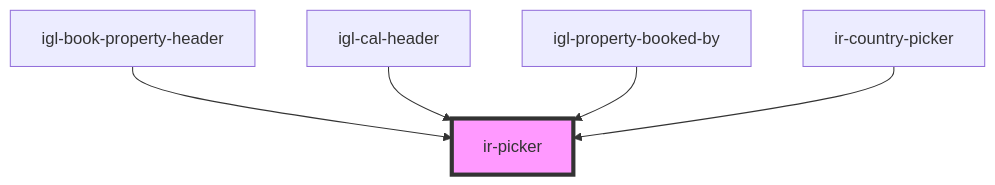
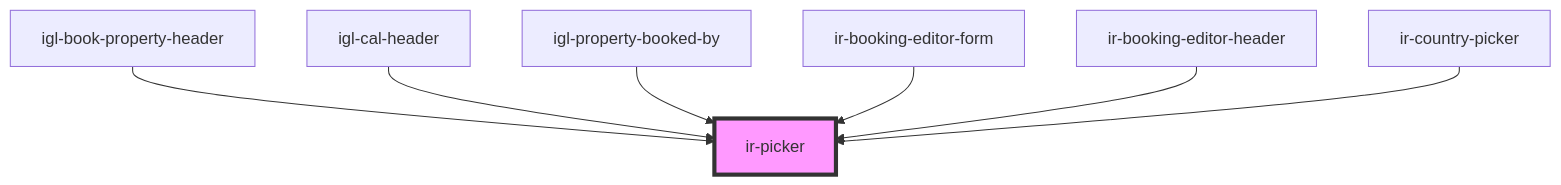
The diagram in src/components/ui/ir-picker/readme.md (David1Chowaifaty/modified-ir-webcmp), drawn with Mermaid before and after one commit. The commit also changed other lines of this file and 56 other files, not shown here.

First line of the commit message:
Enhance IrBookingEditor and related components with new validation and input handling

````diff
--- a/src/components/ui/ir-picker/readme.md
+++ b/src/components/ui/ir-picker/readme.md
@@ -67,8 +80,10 @@
 ```mermaid
 graph TD;
   igl-book-property-header --> ir-picker
   igl-cal-header --> ir-picker
   igl-property-booked-by --> ir-picker
+  ir-booking-editor-form --> ir-picker
+  ir-booking-editor-header --> ir-picker
   ir-country-picker --> ir-picker
   style ir-picker fill:#f9f,stroke:#333,stroke-width:4px
 ```
````
